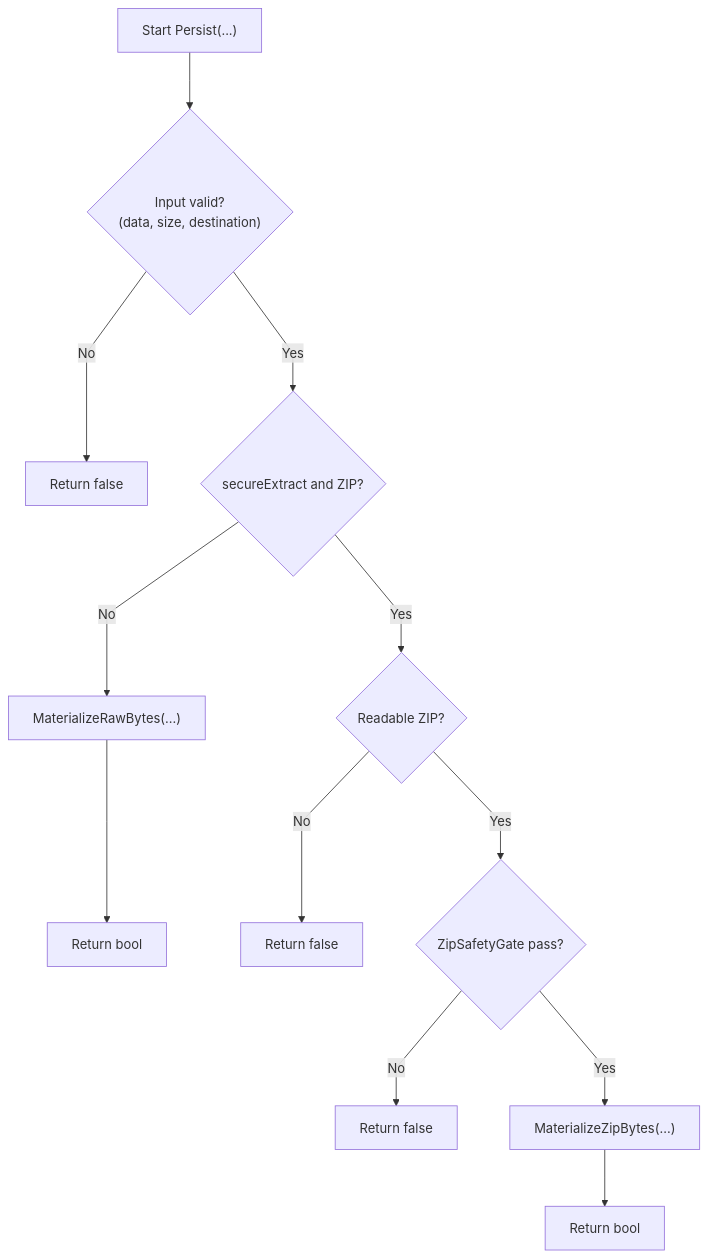
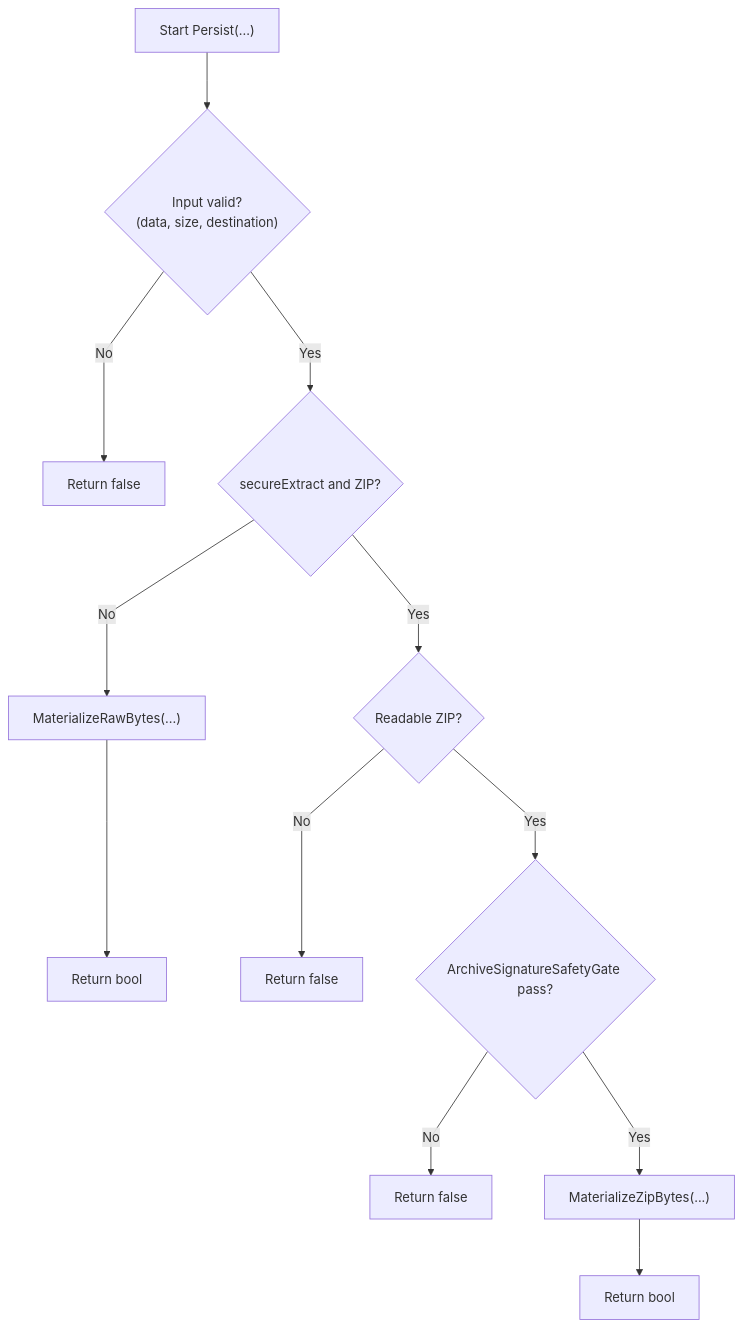
The eighth of 9 diagrams in docs/02_ARCHITECTURE_AND_FLOWS.md (tomtastisch/FileClassifier), drawn with Mermaid before and after one commit. The commit also changed other lines of this file and 32 other files, not shown here.

Commit message:
refactor: vereinheitliche zip-benennungen auf archive

````diff
--- a/docs/02_ARCHITECTURE_AND_FLOWS.md
+++ b/docs/02_ARCHITECTURE_AND_FLOWS.md
@@ -299,16 +299,16 @@
 ```mermaid
 %%{init: {"flowchart": {"curve": "linear", "nodeSpacing": 65, "rankSpacing": 70}, "themeVariables": {"fontSize": "16px"}}}%%
 flowchart TD
   S0["Start Persist(...)"] --> S1{"Input valid?<br/>(data, size, destination)"}
   S1 -->|"No"| E1["Return false"]
   S1 -->|"Yes"| S2{"secureExtract and ZIP?"}
 
   S2 -->|"No"| A1["MaterializeRawBytes(...)"] --> R1["Return bool"]
   S2 -->|"Yes"| S3{"Readable ZIP?"}
 
   S3 -->|"No"| E2["Return false"]
-  S3 -->|"Yes"| S4{"ZipSafetyGate pass?"}
+  S3 -->|"Yes"| S4{"ArchiveSignatureSafetyGate pass?"}
 
   S4 -->|"No"| E3["Return false"]
   S4 -->|"Yes"| A2["MaterializeZipBytes(...)"] --> R2["Return bool"]
 ```
````
